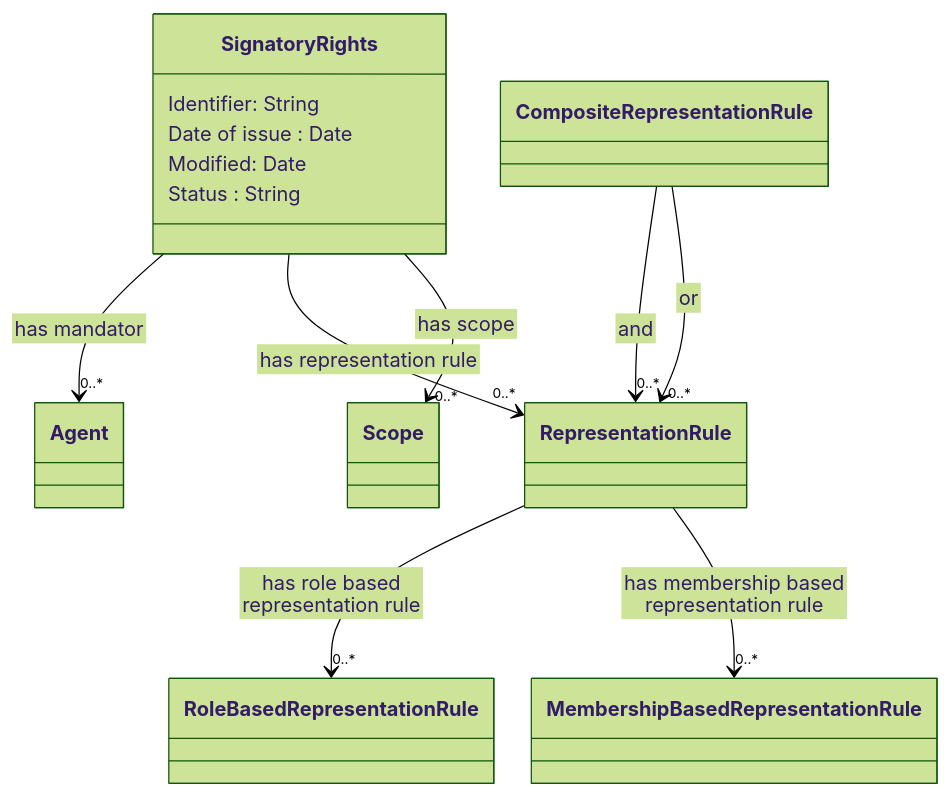
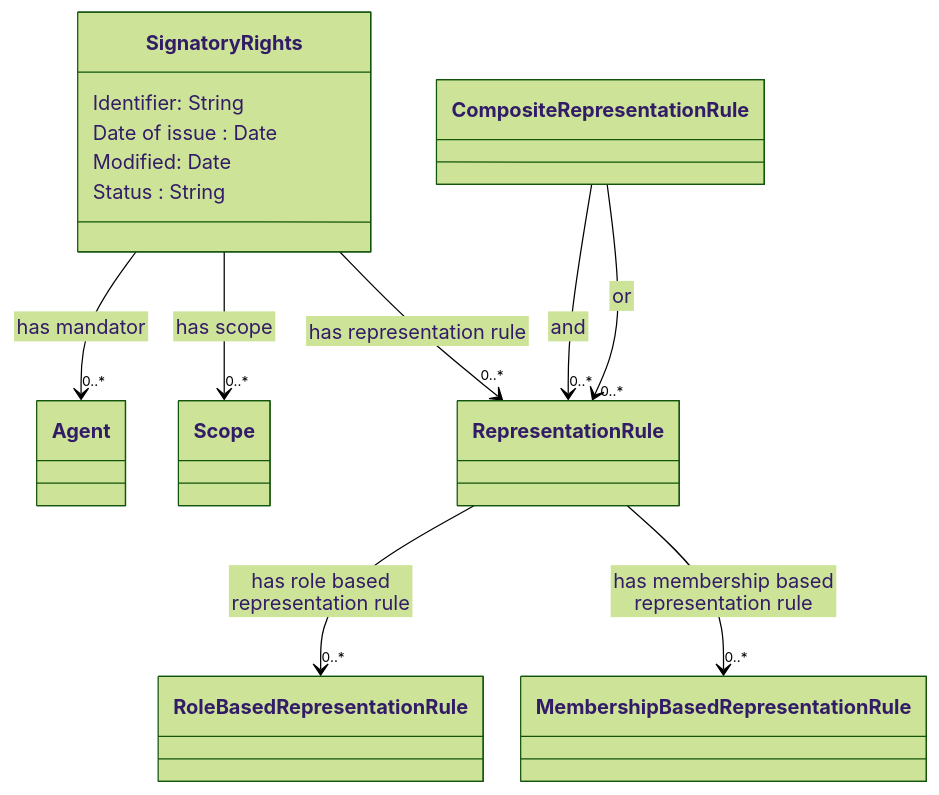
The diagram in README.md (nordicsmartgovernment/Nordic-Signatory-Rights-Model), drawn with Mermaid (forest theme) before and after one commit. The commit also changed other lines of this file, not shown here.

````diff
--- a/README.md
+++ b/README.md
@@ -22,34 +22,34 @@
 ```mermaid
  %%{init:{'flowchart':{'nodeSpacing': 30, 'rankSpacing': 95, 'htmlLabels': false}}}%%
     classDiagram
        
         class Signatory Rights {
             Identifier: String
             Date of issue : Date
             Modified: Date
             Status : String
         }
 
         Signatory Rights --> "0..*" Agent : has mandator
+        Signatory Rights --> "0..*" Scope : has scope
         Signatory Rights --> "0..*" Representation Rule : has representation rule
-        Signatory Rights --> "0..*" Scope : has scope
 
         class Agent {
         }
 
         class Representation Rule {
         }
 
         Representation Rule  --> "0..*" Role Based Representation Rule : has role based representation rule
         Representation Rule --> "0..*" Membership Based Representation Rule : has membership based representation rule
 
         class Composite Representation Rule {
         }
 
         Composite Representation Rule --> "0..*" Representation Rule : and
         Composite Representation Rule --> "0..*" Representation Rule : or
 
         class Scope {
         }
 
 ```
````
